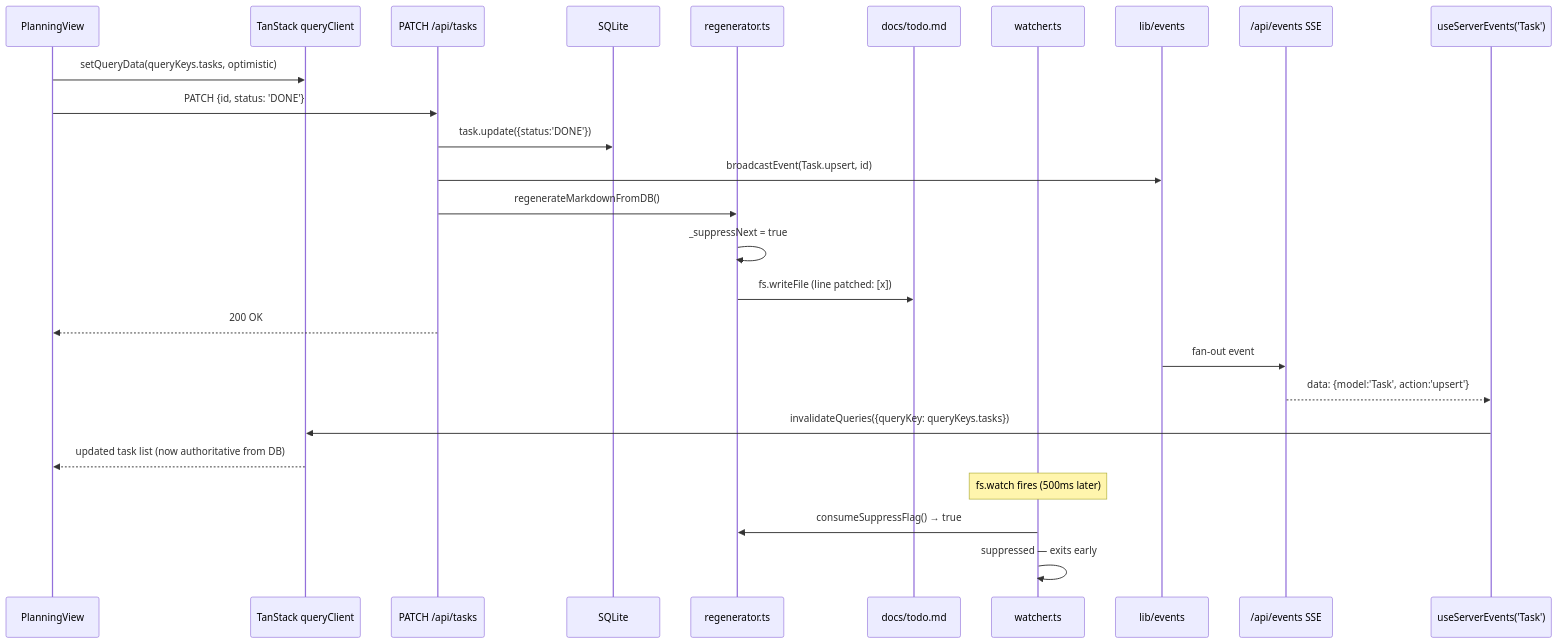
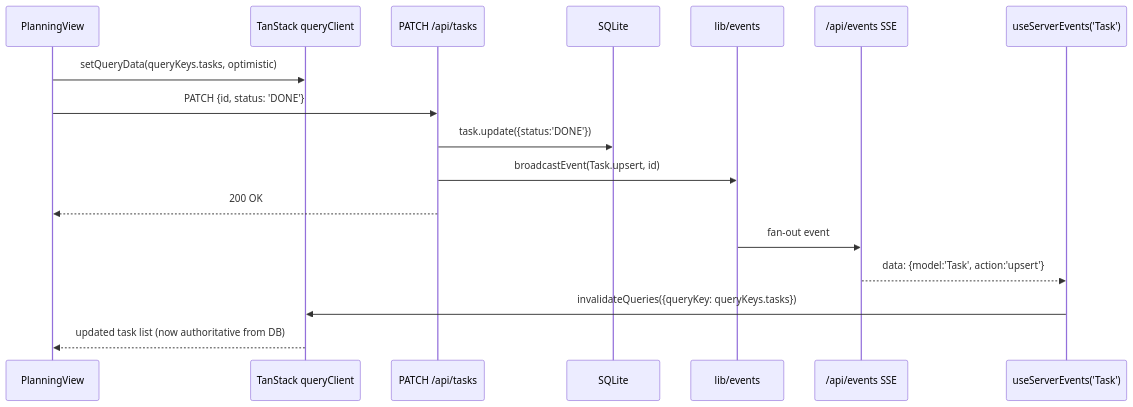
Before and after one commit to salsquared/mission-control: the ninth of 9 diagrams in docs/architecture.md, drawn with Mermaid. The commit also changed other lines of this file and 34 other files, not shown here.

````diff
--- a/docs/architecture.md
+++ b/docs/architecture.md
@@ -750,29 +718,20 @@
 ```mermaid
 sequenceDiagram
     participant UI as PlanningView
     participant TS as TanStack queryClient
     participant Route as PATCH /api/tasks
     participant DB as SQLite
-    participant Regen as regenerator.ts
-    participant File as docs/todo.md
-    participant Watcher as watcher.ts
     participant Bus as lib/events
     participant SSE as /api/events SSE
     participant Hook as useServerEvents('Task')
 
     UI->>TS: setQueryData(queryKeys.tasks, optimistic)
     UI->>Route: PATCH {id, status: 'DONE'}
     Route->>DB: task.update({status:'DONE'})
     Route->>Bus: broadcastEvent(Task.upsert, id)
-    Route->>Regen: regenerateMarkdownFromDB()
-    Regen->>Regen: _suppressNext = true
-    Regen->>File: fs.writeFile (line patched: [x])
     Route-->>UI: 200 OK
     Bus->>SSE: fan-out event
     SSE-->>Hook: data: {model:'Task', action:'upsert'}
     Hook->>TS: invalidateQueries({queryKey: queryKeys.tasks})
     TS-->>UI: updated task list (now authoritative from DB)
-    Note over Watcher: fs.watch fires (500ms later)
-    Watcher->>Regen: consumeSuppressFlag() → true
-    Watcher->>Watcher: suppressed — exits early
 ```
````
